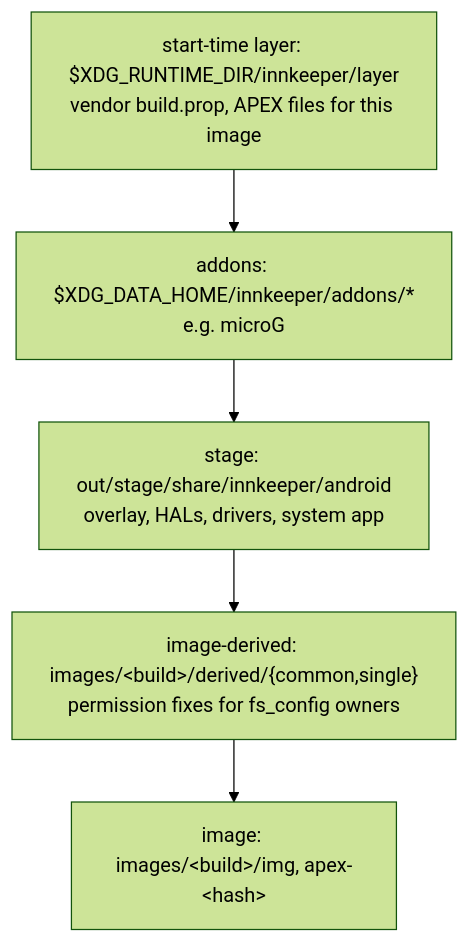
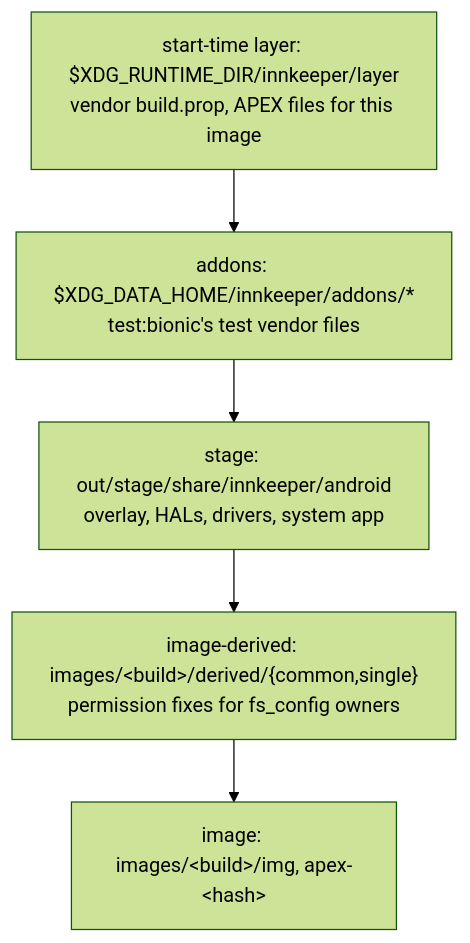
One commit to sargunv/innkeeper changed the second of 3 diagrams in docs/session.md. Above: the diagram before and after it, drawn with Mermaid (forest theme). The commit also changed 18 other files, not shown here.

````diff
--- a/docs/session.md
+++ b/docs/session.md
@@ -80,9 +80,9 @@
 ```mermaid
 flowchart TB
   rt["start-time layer: $XDG_RUNTIME_DIR/innkeeper/layer<br/>vendor build.prop, APEX files for this image"]
-  add["addons: $XDG_DATA_HOME/innkeeper/addons/*<br/>e.g. microG"]
+  add["addons: $XDG_DATA_HOME/innkeeper/addons/*<br/>test:bionic's test vendor files"]
   stage["stage: out/stage/share/innkeeper/android<br/>overlay, HALs, drivers, system app"]
   derived["image-derived: images/&lt;build&gt;/derived/{common,single}<br/>permission fixes for fs_config owners"]
   img["image: images/&lt;build&gt;/img, apex-&lt;hash&gt;"]
   rt --> add --> stage --> derived --> img
 ```
````
